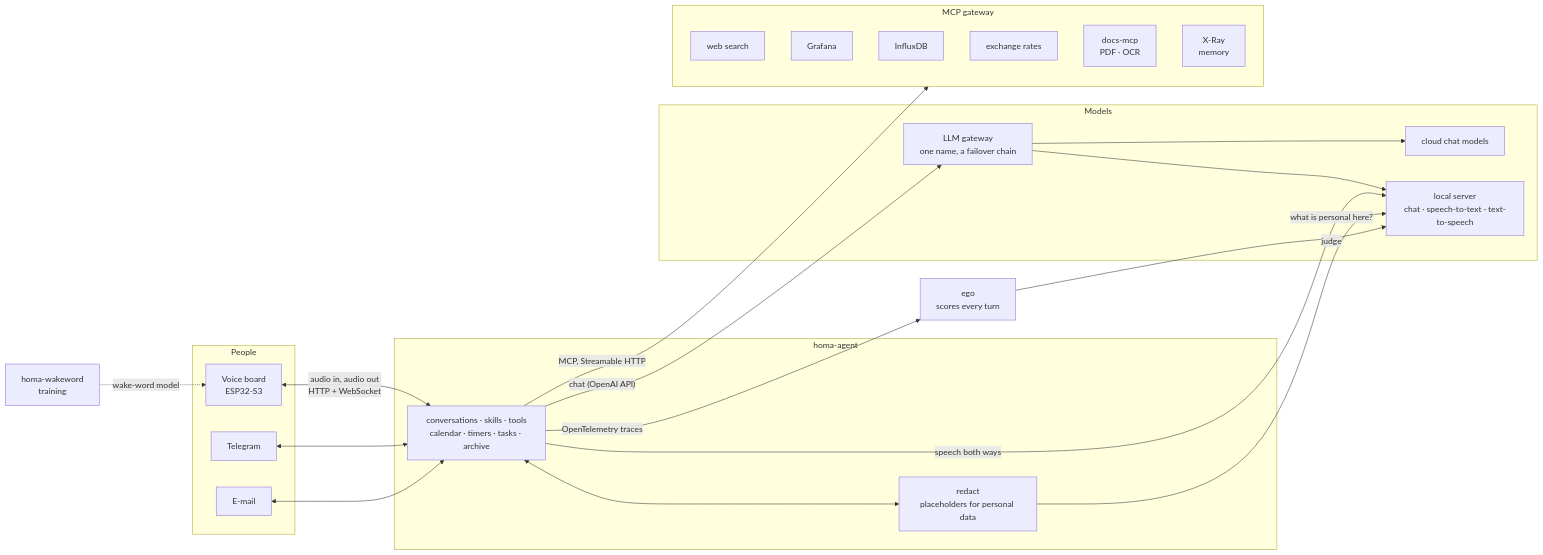
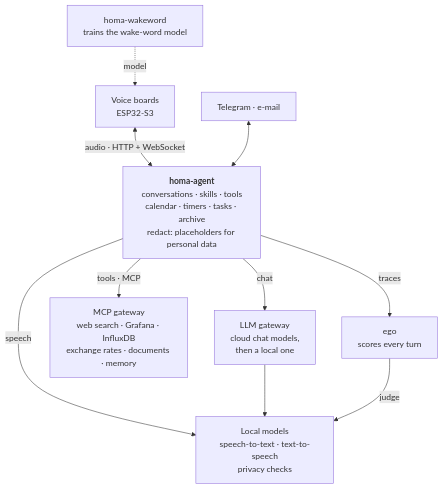
Before and after one commit to homa-platform/.github: the diagram in profile/README.md, drawn with Mermaid.

Commit message:
docs: a diagram that reads in the profile's column

````diff
--- a/profile/README.md
+++ b/profile/README.md
@@ -20,42 +20,23 @@
 ```mermaid
-flowchart LR
-    subgraph people["People"]
-        voice["Voice board<br/>ESP32-S3"]
-        tg["Telegram"]
-        mail["E-mail"]
-    end
+flowchart TB
+    voice["Voice boards<br/>ESP32-S3"]
+    chat["Telegram · e-mail"]
+    ww["homa-wakeword<br/>trains the wake-word model"]
 
-    subgraph core["homa-agent"]
-        agent["conversations · skills · tools<br/>calendar · timers · tasks · archive"]
-        redact["redact<br/>placeholders for personal data"]
-    end
+    agent["<b>homa-agent</b><br/>conversations · skills · tools<br/>calendar · timers · tasks · archive<br/>redact: placeholders for personal data"]
 
-    subgraph models["Models"]
-        llmgw["LLM gateway<br/>one name, a failover chain"]
-        cloud["cloud chat models"]
-        local["local server<br/>chat · speech-to-text · text-to-speech"]
-    end
+    llm["LLM gateway<br/>cloud chat models,<br/>then a local one"]
+    local["Local models<br/>speech-to-text · text-to-speech<br/>privacy checks"]
+    mcp["MCP gateway<br/>web search · Grafana · InfluxDB<br/>exchange rates · documents · memory"]
+    ego["ego<br/>scores every turn"]
 
-    subgraph tools["MCP gateway"]
-        web["web search"]
-        graf["Grafana"]
-        influx["InfluxDB"]
-        fx["exchange rates"]
-        docs["docs-mcp<br/>PDF · OCR"]
-        xray["X-Ray<br/>memory"]
-    end
-
-    voice <-- "audio in, audio out<br/>HTTP + WebSocket" --> agent
-    tg <--> agent
-    mail <--> agent
-    agent -- "chat (OpenAI API)" --> llmgw
-    llmgw --> cloud
-    llmgw --> local
-    agent -- "speech both ways" --> local
-    agent <--> redact
-    redact -- "what is personal here?" --> local
-    agent -- "MCP, Streamable HTTP" --> tools
-    agent -- "OpenTelemetry traces" --> ego["ego<br/>scores every turn"]
+    ww -. "model" .-> voice
+    voice <-- "audio · HTTP + WebSocket" --> agent
+    chat <--> agent
+    agent -- "chat" --> llm
+    agent -- "speech" --> local
+    agent -- "tools · MCP" --> mcp
+    agent -- "traces" --> ego
+    llm --> local
     ego -- "judge" --> local
-    ww["homa-wakeword<br/>training"] -. "wake-word model" .-> voice
 ```
````
